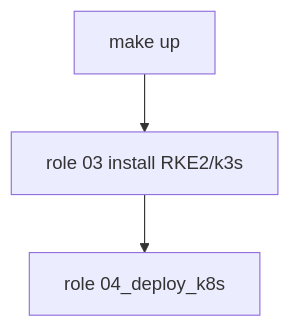
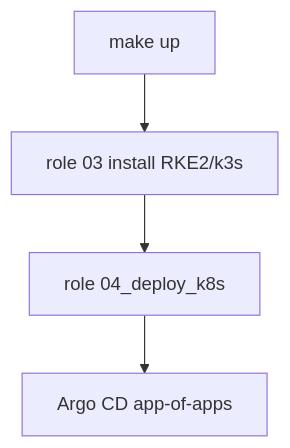
The diagram in provisioning/roles/04_deploy_k8s/README.md (broetec/k8s-blueprint), drawn with Mermaid before and after one commit. The commit also changed other lines of this file and 341 other files, not shown here.

````diff
--- a/provisioning/roles/04_deploy_k8s/README.md
+++ b/provisioning/roles/04_deploy_k8s/README.md
@@ -14,8 +17,9 @@
 ```mermaid
 flowchart TB
   up["make up"]
   r03["role 03 install RKE2/k3s"]
   r04["role 04_deploy_k8s"]
+  argo["Argo CD app-of-apps"]
 
-  up --> r03 --> r04
+  up --> r03 --> r04 --> argo
 ```
````
